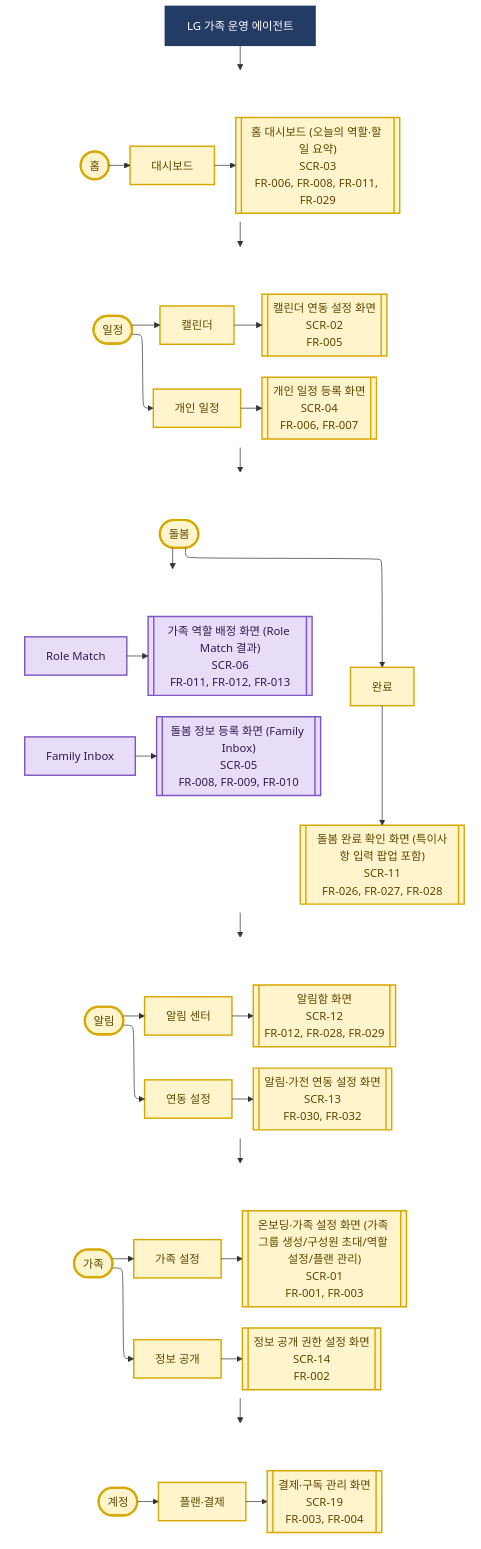
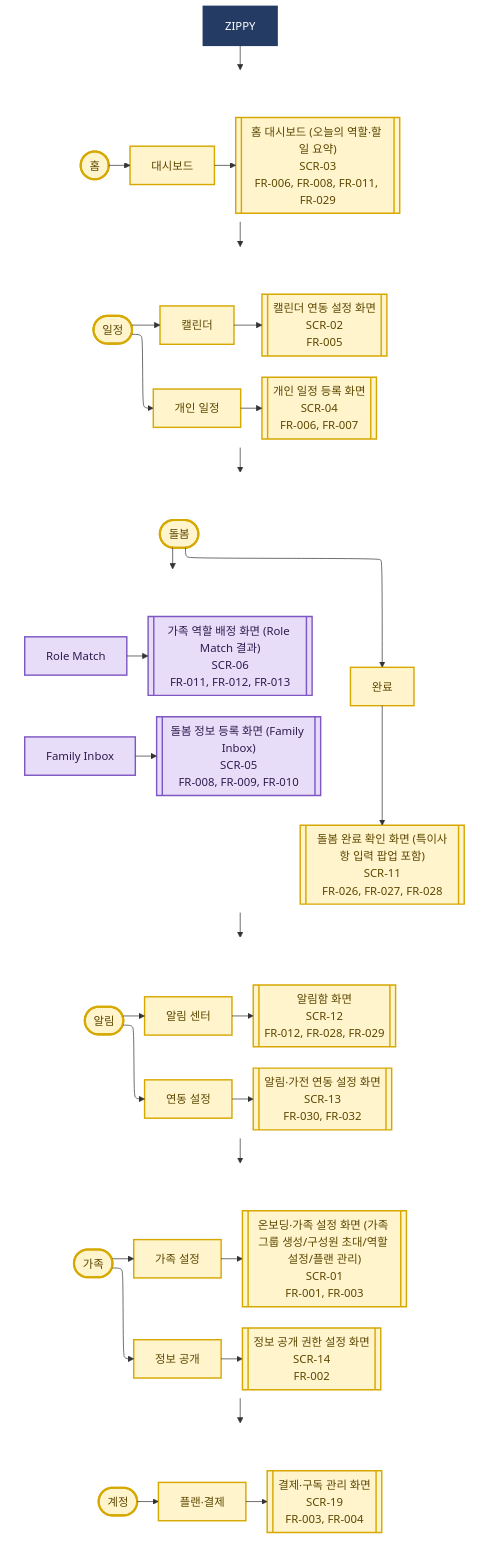
One commit to tarcein/LGDXPJ changed the diagram in docs/메뉴구조도다이어그램/01_MVP_메뉴구조도.mmd. Above: the diagram before and after it, drawn with Mermaid. The commit also changed 40 other files, not shown here.

```diff
--- a/docs/메뉴구조도다이어그램/01_MVP_메뉴구조도.mmd
+++ b/docs/메뉴구조도다이어그램/01_MVP_메뉴구조도.mmd
@@ -1,76 +1,76 @@
-%% LG 가족 운영 에이전트 MVP 메뉴구조도
+%% ZIPPY MVP 메뉴구조도
 %%{init: {"flowchart": {"defaultRenderer": "elk", "nodeSpacing": 18, "rankSpacing": 28, "curve": "basis"}}}%%
 flowchart TB
-  root["LG 가족 운영 에이전트"]
+  root["ZIPPY"]
 
   subgraph homeRow[" "]
     direction LR
     home(["홈"]) --> homeMenu["대시보드"] --> s3[["홈 대시보드 (오늘의 역할·할 일 요약)<br/>SCR-03<br/>FR-006, FR-008, FR-011, FR-029"]]
   end
   subgraph scheduleRow[" "]
     direction LR
     schedule(["일정"])
     calendar["캘린더"] --> s2[["캘린더 연동 설정 화면<br/>SCR-02<br/>FR-005"]]
     personalSchedule["개인 일정"] --> s4[["개인 일정 등록 화면<br/>SCR-04<br/>FR-006, FR-007"]]
     schedule --> calendar
     schedule --> personalSchedule
   end
   subgraph careRow[" "]
     direction TB
     care(["돌봄"])
     subgraph careTop[" "]
       direction LR
       inbox["Family Inbox"] --> s5[["돌봄 정보 등록 화면 (Family Inbox)<br/>SCR-05<br/>FR-008, FR-009, FR-010"]]
       roleMatch["Role Match"] --> s6[["가족 역할 배정 화면 (Role Match 결과)<br/>SCR-06<br/>FR-011, FR-012, FR-013"]]
     end
     complete["완료"] --> s11[["돌봄 완료 확인 화면 (특이사항 입력 팝업 포함)<br/>SCR-11<br/>FR-026, FR-027, FR-028"]]
     care --> careTop
     care --> complete
   end
   subgraph notifyRow[" "]
     direction LR
     notify(["알림"])
     notificationCenter["알림 센터"] --> s12[["알림함 화면<br/>SCR-12<br/>FR-012, FR-028, FR-029"]]
     integration["연동 설정"] --> s13[["알림·가전 연동 설정 화면<br/>SCR-13<br/>FR-030, FR-032"]]
     notify --> notificationCenter
     notify --> integration
   end
   subgraph familyRow[" "]
     direction LR
     family(["가족"])
     familySettings["가족 설정"] --> s1[["온보딩·가족 설정 화면 (가족 그룹 생성/구성원 초대/역할 설정/플랜 관리)<br/>SCR-01<br/>FR-001, FR-003"]]
     privacy["정보 공개"] --> s14[["정보 공개 권한 설정 화면<br/>SCR-14<br/>FR-002"]]
     family --> familySettings
     family --> privacy
   end
   subgraph accountRow[" "]
     direction LR
     account(["계정"]) --> plan["플랜·결제"] --> s19[["결제·구독 관리 화면<br/>SCR-19<br/>FR-003, FR-004"]]
   end
 
   root --> homeRow
   homeRow --> scheduleRow
   scheduleRow --> careRow
   careRow --> notifyRow
   notifyRow --> familyRow
   familyRow --> accountRow
 
   classDef rootStyle fill:#243B64,stroke:#243B64,color:#FFFFFF,stroke-width:3px
   classDef depth1Base fill:#FFF4CC,stroke:#D6A800,color:#5C4700,stroke-width:3px
   classDef depth2Base fill:#FFF4CC,stroke:#D6A800,color:#5C4700,stroke-width:2px
   classDef depth2Core fill:#E8DDF8,stroke:#7E57C2,color:#2E1B4E,stroke-width:2px
   classDef screenBase fill:#FFF4CC,stroke:#D6A800,color:#5C4700,stroke-width:2px
   classDef screenCore fill:#E8DDF8,stroke:#7E57C2,color:#2E1B4E,stroke-width:2px
   class root rootStyle
   class home,schedule,care,notify,family,account depth1Base
   class homeMenu,calendar,personalSchedule,complete,notificationCenter,integration,familySettings,privacy,plan depth2Base
   class inbox,roleMatch depth2Core
   class s1,s2,s3,s4,s11,s12,s13,s14,s19 screenBase
   class s5,s6 screenCore
   style homeRow fill:transparent,stroke:transparent
   style scheduleRow fill:transparent,stroke:transparent
   style careRow fill:transparent,stroke:transparent
   style careTop fill:transparent,stroke:transparent
   style notifyRow fill:transparent,stroke:transparent
   style familyRow fill:transparent,stroke:transparent
   style accountRow fill:transparent,stroke:transparent
```
